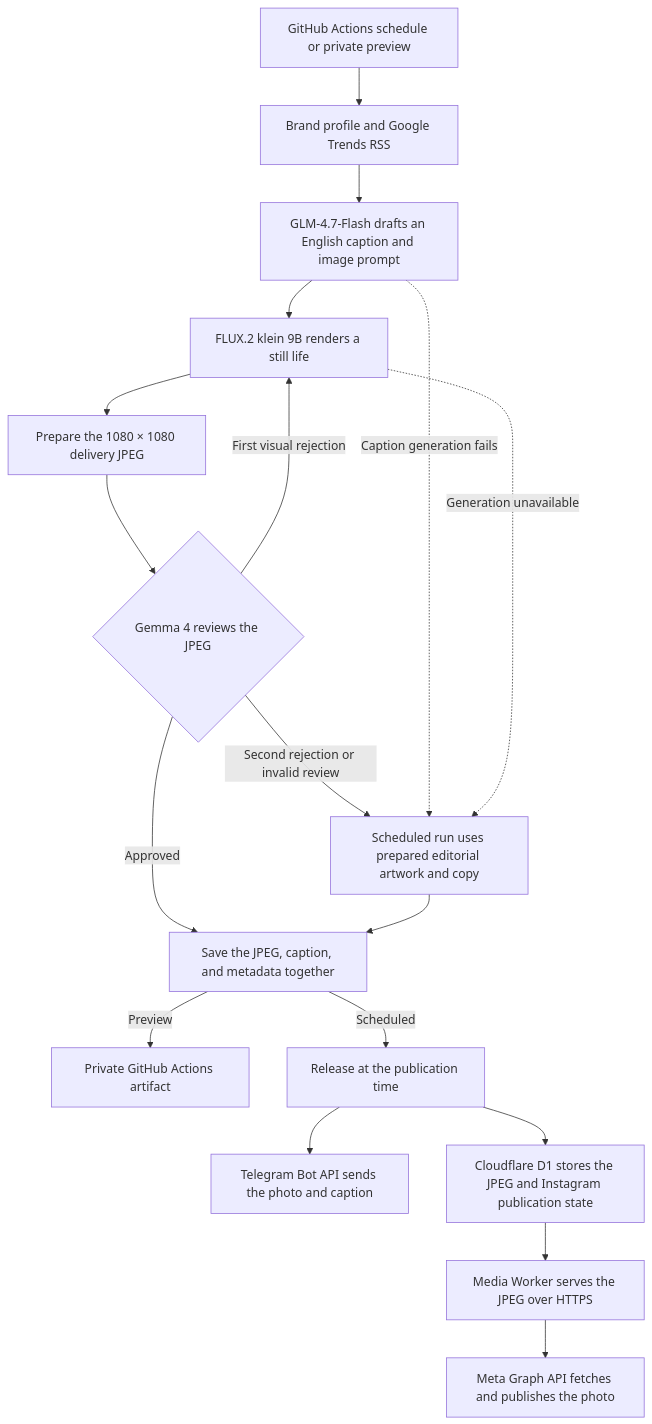
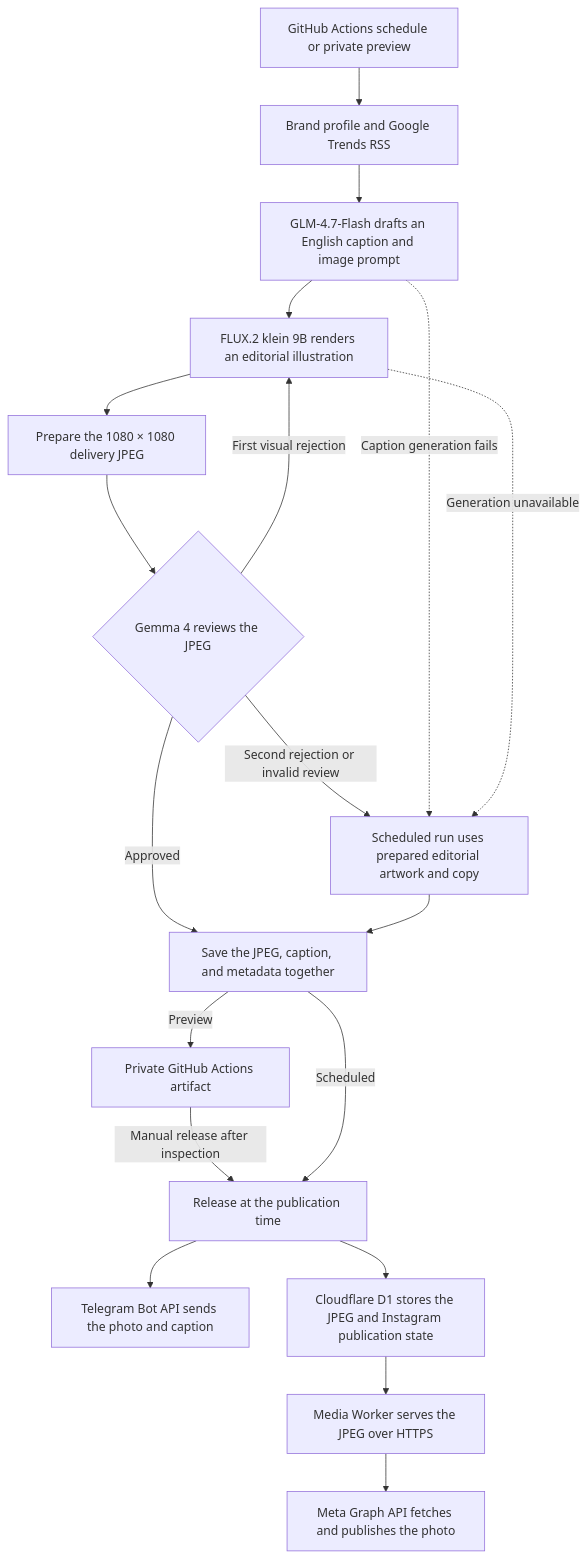
The diagram in docs/architecture.md (archourium/content-automation), drawn with Mermaid before and after one commit. The commit also changed other lines of this file and 4 other files, not shown here.

````diff
--- a/docs/architecture.md
+++ b/docs/architecture.md
@@ -5,20 +5,21 @@
 ```mermaid
 flowchart TD
     Schedule["GitHub Actions schedule or private preview"] --> Inputs["Brand profile and Google Trends RSS"]
     Inputs --> Draft["GLM-4.7-Flash drafts an English caption and image prompt"]
-    Draft --> Draw["FLUX.2 klein 9B renders a still life"]
+    Draft --> Draw["FLUX.2 klein 9B renders an editorial illustration"]
     Draw --> Jpeg["Prepare the 1080 × 1080 delivery JPEG"]
     Jpeg --> Review{"Gemma 4 reviews the JPEG"}
     Review -->|"Approved"| Bundle["Save the JPEG, caption, and metadata together"]
     Review -->|"First visual rejection"| Draw
     Review -->|"Second rejection or invalid review"| Fallback["Scheduled run uses prepared editorial artwork and copy"]
     Draft -.->|"Caption generation fails"| Fallback
     Draw -.->|"Generation unavailable"| Fallback
     Fallback --> Bundle
     Bundle -->|"Preview"| Artifact["Private GitHub Actions artifact"]
+    Artifact -->|"Manual release after inspection"| Release
     Bundle -->|"Scheduled"| Release["Release at the publication time"]
     Release --> Telegram["Telegram Bot API sends the photo and caption"]
     Release --> D1["Cloudflare D1 stores the JPEG and Instagram publication state"]
     D1 --> Worker["Media Worker serves the JPEG over HTTPS"]
     Worker --> Instagram["Meta Graph API fetches and publishes the photo"]
 ```
````
